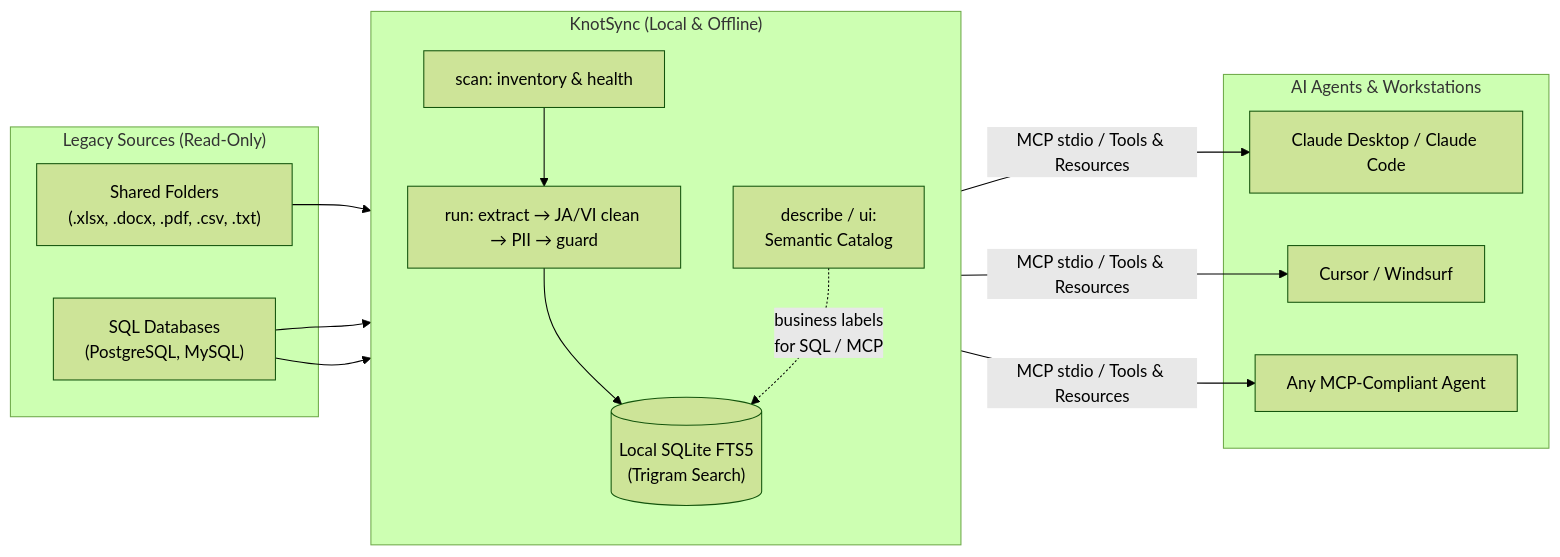
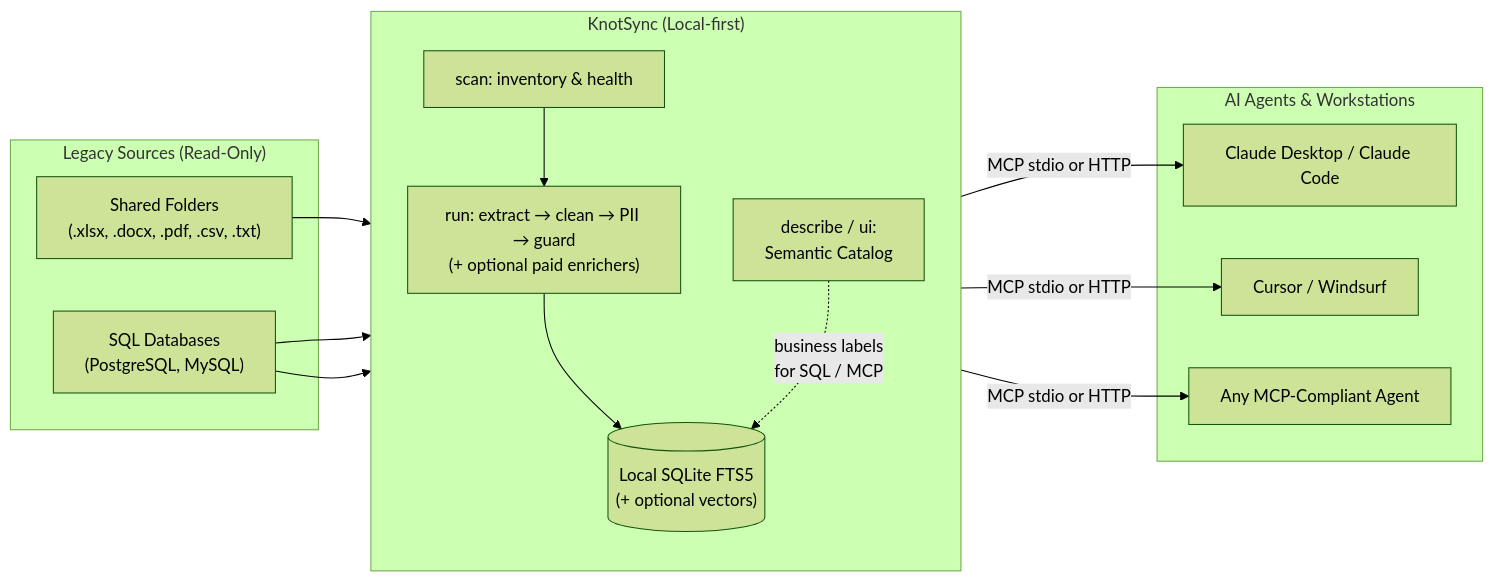
The diagram in README.md (hoanghainh1188/knot-sync), drawn with Mermaid (forest theme) before and after one commit. The commit also changed other lines of this file and 3 other files, not shown here.

Commit message:
Sync README with shipped paid plugins and local-first wording. (#38)

````diff
--- a/README.md
+++ b/README.md
@@ -31,31 +31,31 @@
 ```mermaid
 flowchart LR
     subgraph Sources["Legacy Sources (Read-Only)"]
         FS["Shared Folders<br/>(.xlsx, .docx, .pdf, .csv, .txt)"]
         DB["SQL Databases<br/>(PostgreSQL, MySQL)"]
     end
 
-    subgraph KnotSync["KnotSync (Local & Offline)"]
+    subgraph KnotSync["KnotSync (Local-first)"]
         direction TB
         Scan["scan: inventory & health"]
-        Run["run: extract → JA/VI clean → PII → guard"]
-        Store[("Local SQLite FTS5<br/>(Trigram Search)")]
+        Run["run: extract → clean → PII → guard<br/>(+ optional paid enrichers)"]
+        Store[("Local SQLite FTS5<br/>(+ optional vectors)")]
         Catalog["describe / ui:<br/>Semantic Catalog"]
 
         Scan --> Run --> Store
         Catalog -.->|"business labels<br/>for SQL / MCP"| Store
     end
 
     subgraph Agents["AI Agents & Workstations"]
         Claude["Claude Desktop / Claude Code"]
         Cursor["Cursor / Windsurf"]
         Custom["Any MCP-Compliant Agent"]
     end
 
     FS --> Scan
     DB --> Scan
     DB --> Catalog
-    Store -->|"MCP stdio / Tools & Resources"| Claude
-    Store -->|"MCP stdio / Tools & Resources"| Cursor
-    Store -->|"MCP stdio / Tools & Resources"| Custom
+    Store -->|"MCP stdio or HTTP"| Claude
+    Store -->|"MCP stdio or HTTP"| Cursor
+    Store -->|"MCP stdio or HTTP"| Custom
 ```
````
